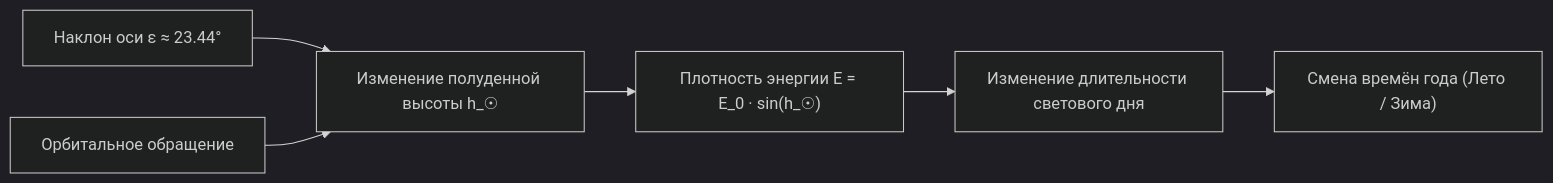
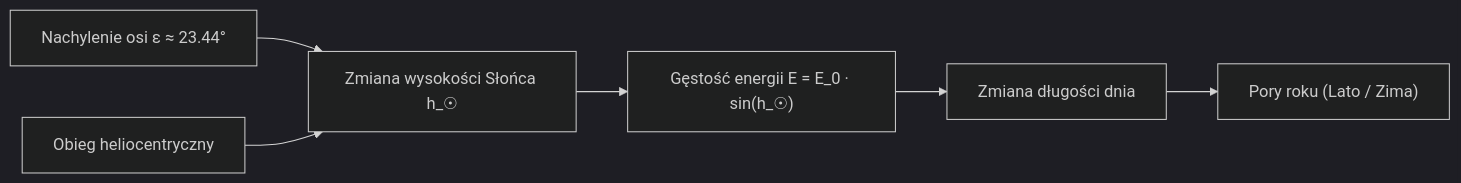
Before and after one commit to OksanaBukina/astronomia: the fourth of 5 diagrams in Tema_01_Układ_Słoneczny_Ziemia_Księżyc.md, drawn with Mermaid (dark theme). The commit also changed other lines of this file and 1 other file, not shown here.

Commit message:
Refine textbook: exact solar mass digits, Polish diagram labels, math variables descriptions, move answers to Section 18

````diff
--- a/Tema_01_Układ_Słoneczny_Ziemia_Księżyc.md
+++ b/Tema_01_Układ_Słoneczny_Ziemia_Księżyc.md
@@ -338,8 +339,8 @@
 ```mermaid
 flowchart LR
-    Tilt["Наклон оси ε ≈ 23.44°"] --> Insolation["Изменение полуденной высоты h_☉"]
-    Orbit["Орбитальное обращение"] --> Insolation
-    Insolation --> Energy["Плотность энергии E = E_0 · sin(h_☉)"]
-    Energy --> DayLength["Изменение длительности светового дня"]
-    DayLength --> Seasons["Смена времён года (Лето / Зима)"]
+    Tilt["Nachylenie osi ε ≈ 23.44°"] --> Insolation["Zmiana wysokości Słońca h_☉"]
+    Orbit["Obieg heliocentryczny"] --> Insolation
+    Insolation --> Energy["Gęstość energii E = E_0 · sin(h_☉)"]
+    Energy --> DayLength["Zmiana długości dnia"]
+    DayLength --> Seasons["Pory roku (Lato / Zima)"]
 ```
````
